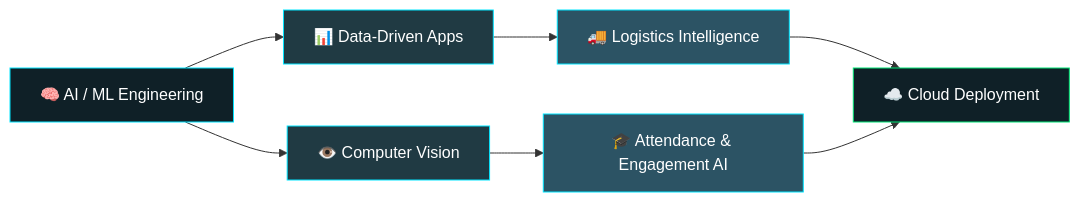
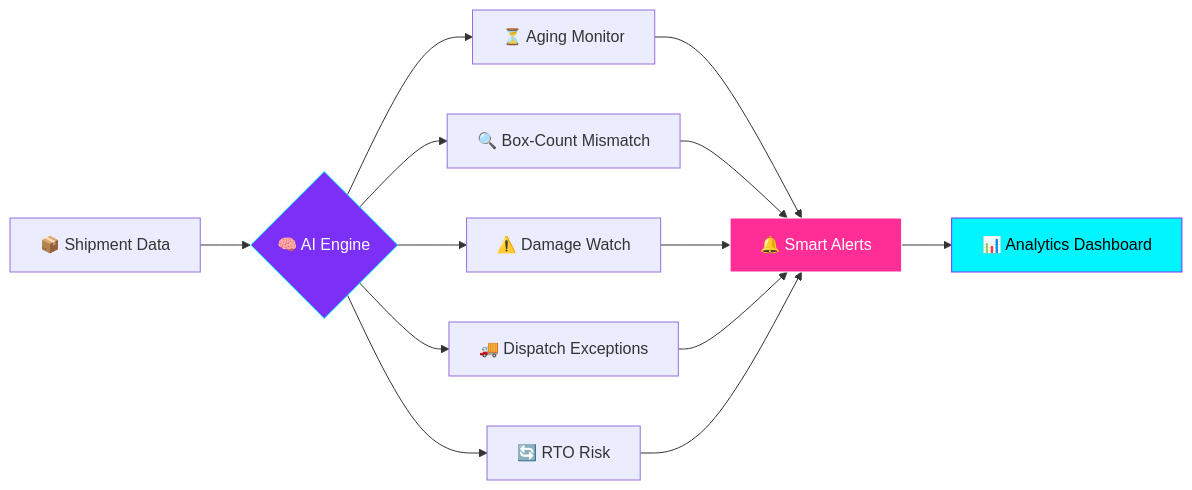
One commit to AbhishekRBiradar/ABHISHEK-R-BIRADAR changed the first of 4 diagrams in README.md. Above: the diagram before and after it, drawn with Mermaid. The commit also changed other lines of this file, not shown here.

````diff
--- a/README.md
+++ b/README.md
@@ -45,15 +55,14 @@
 ```mermaid
 flowchart LR
-    A[🧠 AI / ML Engineering] --> B[👁️ Computer Vision]
-    A --> C[📊 Data-Driven Apps]
-    B --> D[🎓 Attendance & Engagement AI]
-    C --> E[🚚 Logistics Intelligence]
-    E --> F[☁️ Cloud Deployment]
-    D --> F
-    style A fill:#0f2027,stroke:#00e5ff,color:#fff
-    style B fill:#203a43,stroke:#00e5ff,color:#fff
-    style C fill:#203a43,stroke:#00e5ff,color:#fff
-    style D fill:#2c5364,stroke:#00e5ff,color:#fff
-    style E fill:#2c5364,stroke:#00e5ff,color:#fff
-    style F fill:#0f2027,stroke:#00e676,color:#fff
+    A[📦 Shipment Data] --> B{🧠 AI Engine}
+    B --> C[⏳ Aging Monitor]
+    B --> D[🔍 Box-Count Mismatch]
+    B --> E[⚠️ Damage Watch]
+    B --> F[🚚 Dispatch Exceptions]
+    B --> G[🔄 RTO Risk]
+    C & D & E & F & G --> H[🔔 Smart Alerts]
+    H --> I[📊 Analytics Dashboard]
+    style B fill:#7b2ff7,stroke:#00f5ff,color:#fff
+    style H fill:#ff2e97,stroke:#fff,color:#fff
+    style I fill:#00f5ff,stroke:#7b2ff7,color:#000
 ```
````
